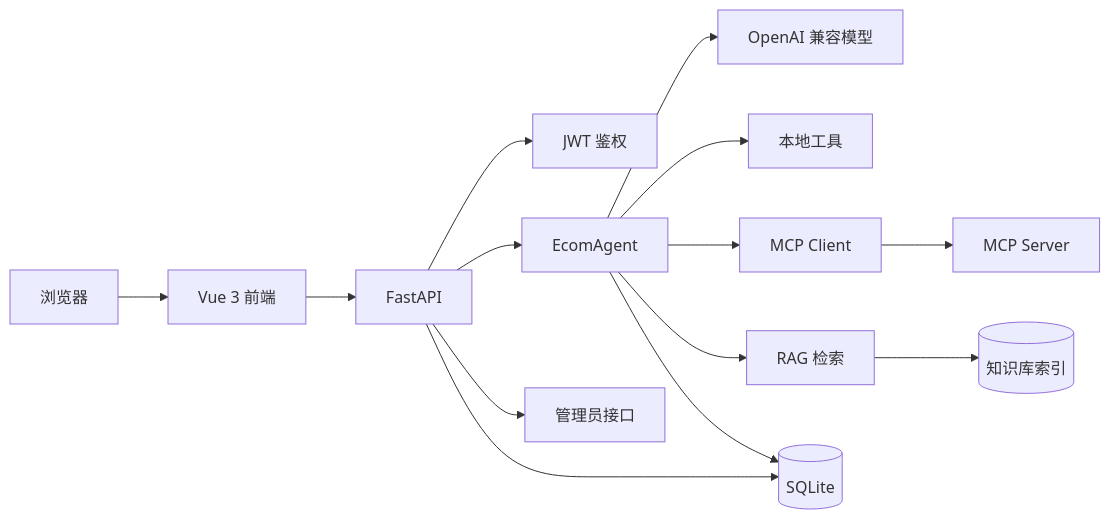
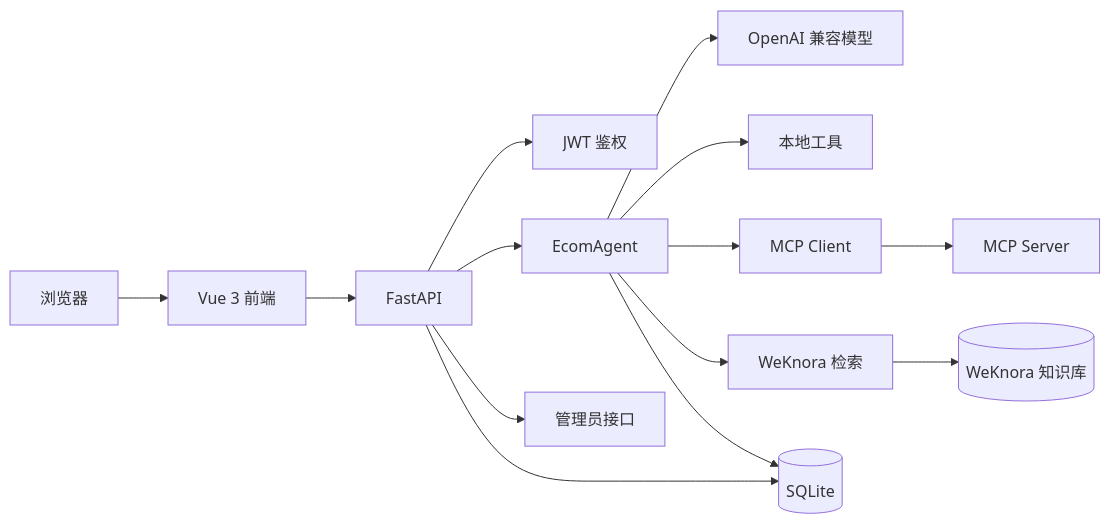
One commit to Keviniscool-boy/customer-service-agent changed the diagram in README.md. Above: the diagram before and after it, drawn with Mermaid. The commit also changed other lines of this file and 8 other files, not shown here.

````diff
--- a/README.md
+++ b/README.md
@@ -35,16 +35,16 @@
 ```mermaid
 flowchart LR
     U[浏览器] --> F[Vue 3 前端]
     F --> A[FastAPI]
     A --> J[JWT 鉴权]
     A --> C[EcomAgent]
     C --> M[OpenAI 兼容模型]
     C --> T[本地工具]
     C --> MC[MCP Client]
     MC --> MS[MCP Server]
-    C --> R[RAG 检索]
-    R --> K[(知识库索引)]
+    C --> R[WeKnora 检索]
+    R --> K[(WeKnora 知识库)]
     C --> D[(SQLite)]
     A --> D
     A --> AD[管理员接口]
 ```
````
